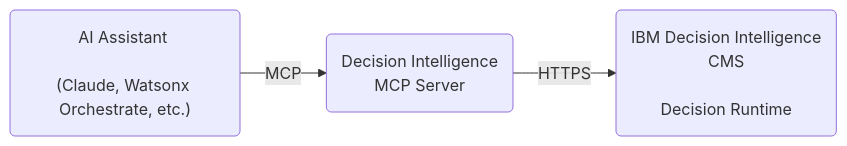
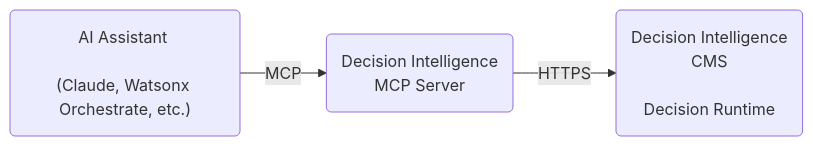
Before and after one commit to DecisionsDev/ibm-decision-intelligence-mcp-server: the first of 2 diagrams in README.md, drawn with Mermaid.

Commit message:
docs: shorten runtime label in README diagram

````diff
--- a/README.md
+++ b/README.md
@@ -5,5 +5,5 @@
 ```mermaid
 flowchart LR
    client("AI Assistant <br><br>(Claude, Watsonx Orchestrate, etc.)") -- MCP --> server("Decision Intelligence<br>MCP Server")
-   server -- HTTPS --> runtime("IBM Decision Intelligence<br> CMS <br><br>Decision Runtime")
+   server -- HTTPS --> runtime("Decision Intelligence<br> CMS <br><br>Decision Runtime")
 ```
````
